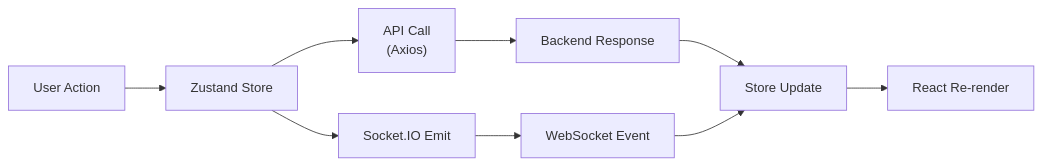
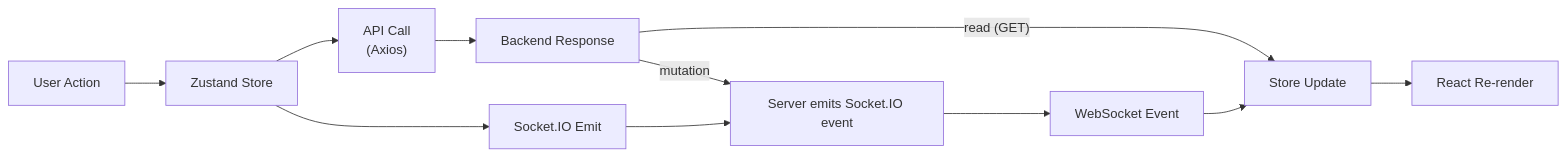
Before and after one commit to Aizen93/voxium: the third of 15 diagrams in Architecture.md, drawn with Mermaid. The commit also changed other lines of this file and 3 other files, not shown here.

````diff
--- a/Architecture.md
+++ b/Architecture.md
@@ -356,11 +407,13 @@
 ```mermaid
 graph LR
     A["User Action"] --> B["Zustand Store"]
     B --> C["API Call<br/>(Axios)"]
     C --> D["Backend Response"]
-    D --> E["Store Update"]
+    D -->|"read (GET)"| E["Store Update"]
+    D -->|"mutation"| X["Server emits Socket.IO event"]
+    X --> H["WebSocket Event"]
+    H --> E
+    B --> G["Socket.IO Emit"]
+    G --> X
     E --> F["React Re-render"]
-    B --> G["Socket.IO Emit"]
-    G --> H["WebSocket Event"]
-    H --> E
 ```
````
